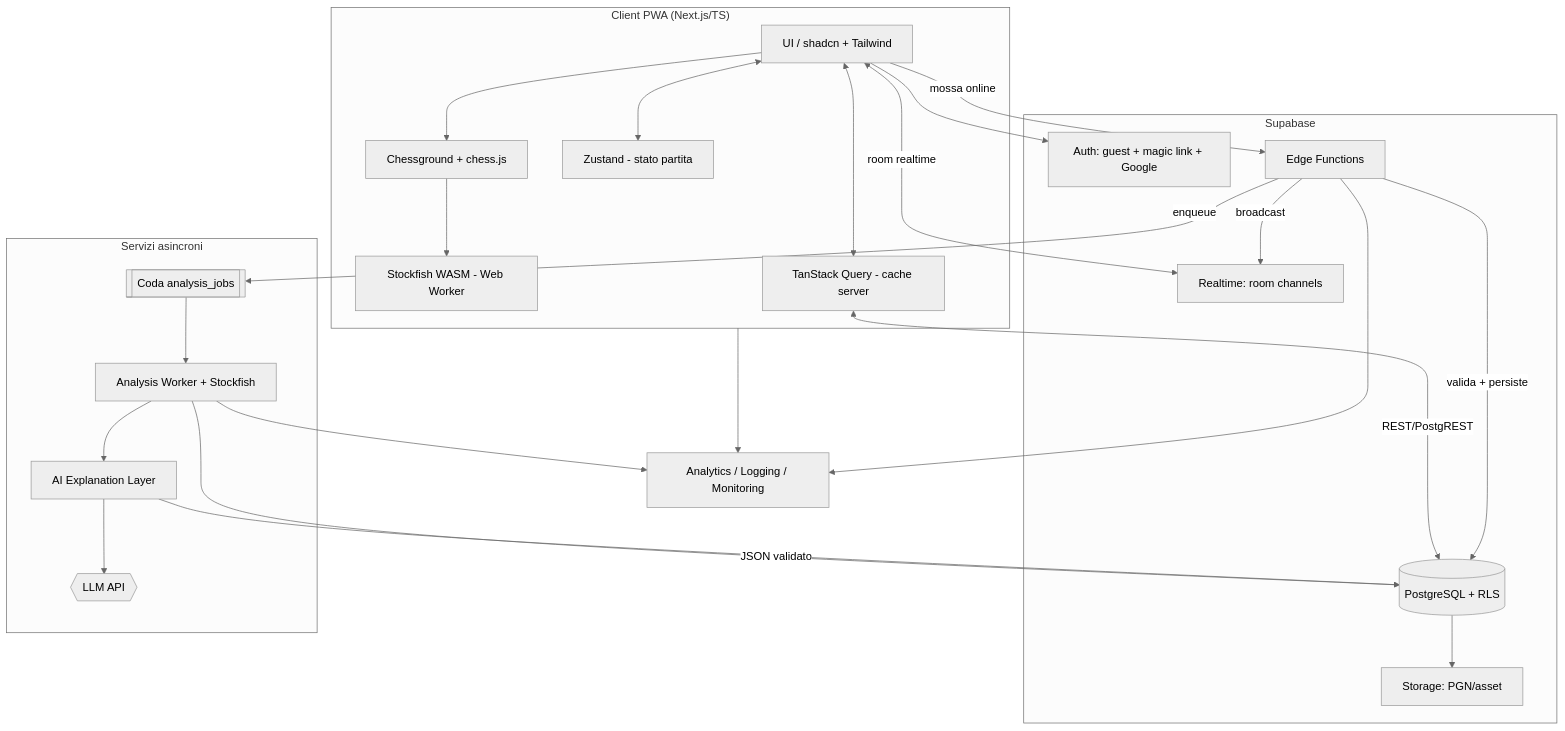
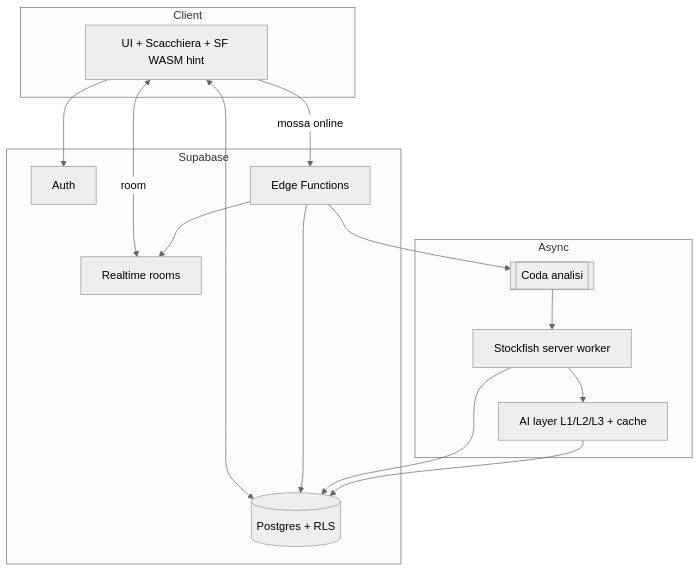
The third of 3 diagrams in docs/PIANO_DI_SVILUPPO.md (GiovanniM-maker/Chess), drawn with Mermaid (neutral theme) before and after one commit. The commit also changed other lines of this file, not shown here.

````diff
--- a/docs/PIANO_DI_SVILUPPO.md
+++ b/docs/PIANO_DI_SVILUPPO.md
@@ -218,45 +282,24 @@
 ```mermaid
 graph TD
-  subgraph Client["Client PWA (Next.js/TS)"]
-    UI[UI / shadcn + Tailwind]
-    Board[Chessground + chess.js]
-    SFW[Stockfish WASM - Web Worker]
-    ZS[Zustand - stato partita]
-    TQ[TanStack Query - cache server]
+  subgraph Client
+    C[UI + Scacchiera + SF WASM hint]
   end
-
   subgraph Supabase
-    Auth[Auth: guest + magic link + Google]
-    DB[(PostgreSQL + RLS)]
-    RT[Realtime: room channels]
+    Auth[Auth]
+    DB[(Postgres + RLS)]
+    RT[Realtime rooms]
     EF[Edge Functions]
-    ST[Storage: PGN/asset]
   end
-
-  subgraph Async["Servizi asincroni"]
-    Q[[Coda analysis_jobs]]
-    AW[Analysis Worker + Stockfish]
-    AIL[AI Explanation Layer]
-    LLM{{LLM API}}
+  subgraph Async
+    Q[[Coda analisi]]
+    AW[Stockfish server worker]
+    AIL[AI layer L1/L2/L3 + cache]
   end
-
-  Obs[Analytics / Logging / Monitoring]
-
-  UI --> Board --> SFW
-  UI <--> ZS
-  UI <--> TQ
-  TQ <-->|REST/PostgREST| DB
-  UI --> Auth
-  UI <-->|room realtime| RT
-  UI -->|mossa online| EF
-  EF -->|valida + persiste| DB
-  EF -->|broadcast| RT
-  EF -->|enqueue| Q
-  Q --> AW --> DB
-  AW --> AIL --> LLM
-  AIL -->|JSON validato| DB
-  DB --> ST
-  Client --> Obs
-  EF --> Obs
-  AW --> Obs
+  C <--> DB
+  C --> Auth
+  C <-->|room| RT
+  C -->|mossa online| EF --> DB
+  EF --> RT
+  EF --> Q --> AW --> DB
+  AW --> AIL --> DB
 ```
````
